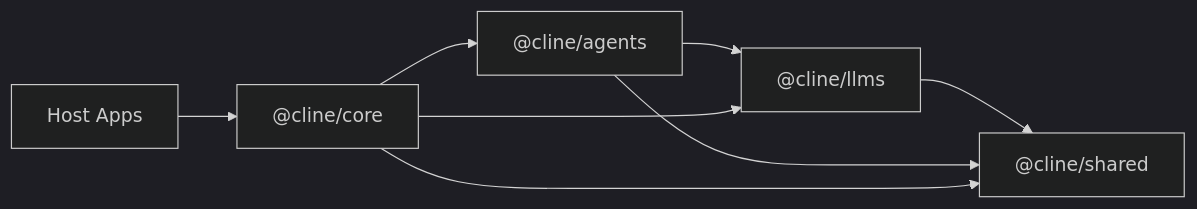
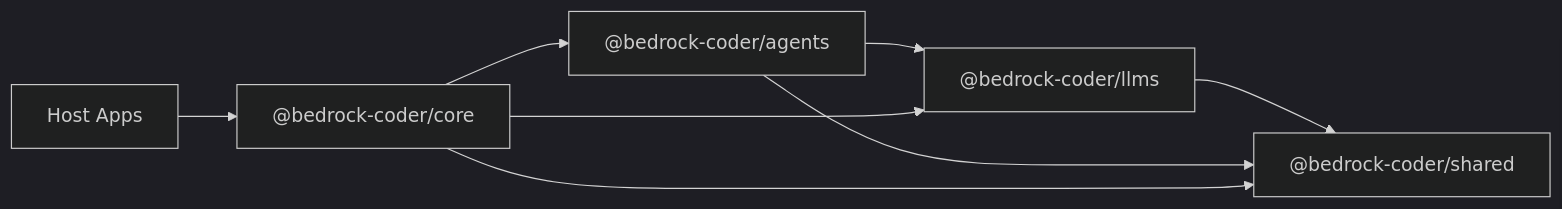
Before and after one commit to cline/cline: the diagram in sdk/ARCHITECTURE.md, drawn with Mermaid (dark theme). The commit also changed other lines of this file and 927 other files, not shown here.

Commit message:
refactor: rebrand and clean up Bedrock Coder

````diff
--- a/sdk/ARCHITECTURE.md
+++ b/sdk/ARCHITECTURE.md
@@ -26,16 +26,16 @@
 ```mermaid
 flowchart LR
-  shared["@cline/shared"]
-  llms["@cline/llms"]
-  agents["@cline/agents"]
-  core["@cline/core"]
+  shared["@bedrock-coder/shared"]
+  llms["@bedrock-coder/llms"]
+  agents["@bedrock-coder/agents"]
+  core["@bedrock-coder/core"]
   apps["Host Apps"]
 
   llms --> shared
   agents --> llms
   agents --> shared
   core --> agents
   core --> llms
   core --> shared
   apps --> core
 ```
````
